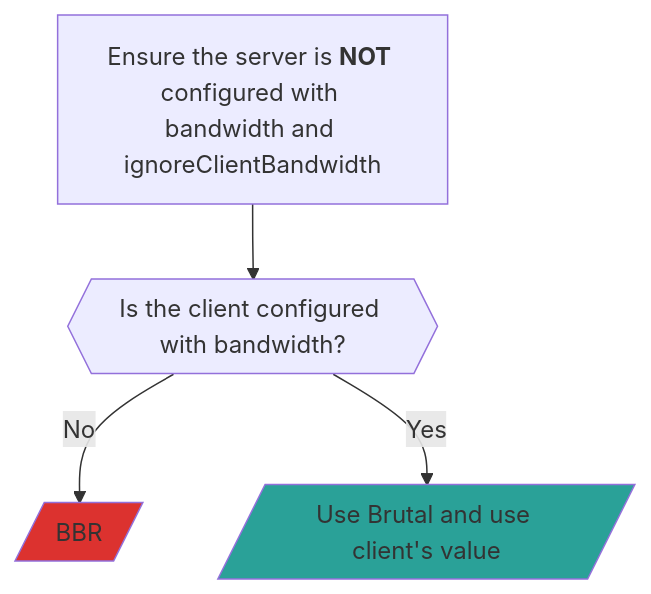
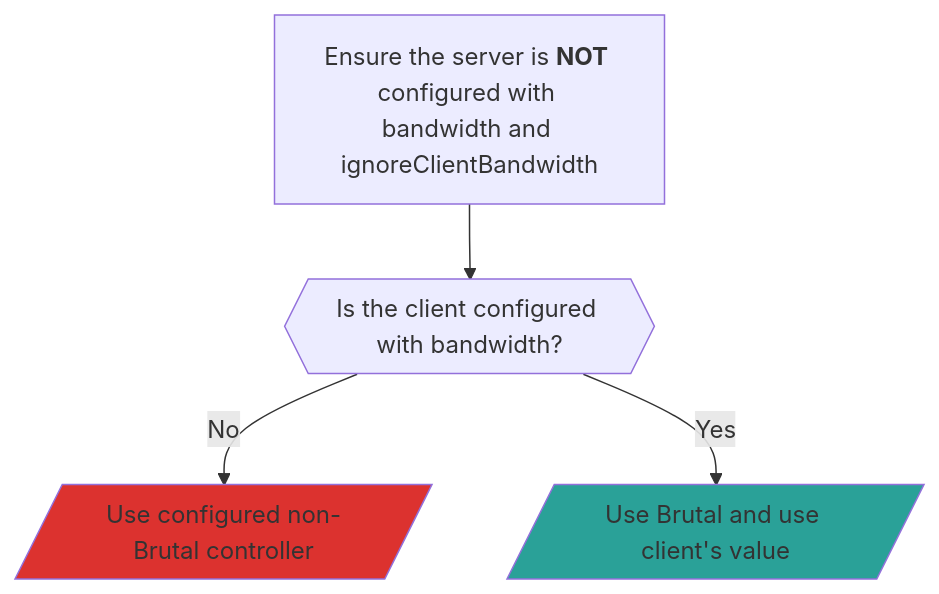
One commit to apernet/hysteria-website changed the second of 2 diagrams in docs/docs/advanced/Full-Server-Config.md. Above: the diagram before and after it, drawn with Mermaid. The commit also changed other lines of this file and 37 other files, not shown here.

````diff
--- a/docs/docs/advanced/Full-Server-Config.md
+++ b/docs/docs/advanced/Full-Server-Config.md
@@ -175,9 +210,9 @@
 ```mermaid
 graph TD;
     S_no_BW["`Ensure the server is **NOT** configured with bandwidth and ignoreClientBandwidth`"] --> C_has_BW;
-    C_has_BW{{"Is the client configured with bandwidth?"}} -- "No" --> BBR[/"BBR"/];
+    C_has_BW{{"Is the client configured with bandwidth?"}} -- "No" --> NonBrutal[/"Use configured non-Brutal controller"/];
     C_has_BW -- "Yes" --> Brutal_C[/"Use Brutal and use client's value"/];
 
-    style BBR fill:#dc322f;
+    style NonBrutal fill:#dc322f;
     style Brutal_C fill:#2aa198;
 ```
````
